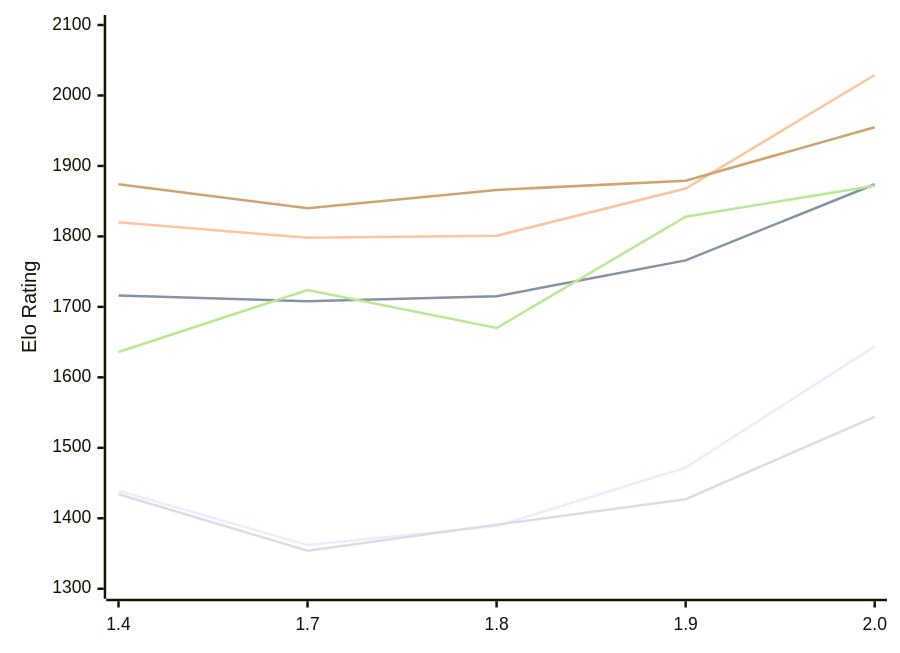
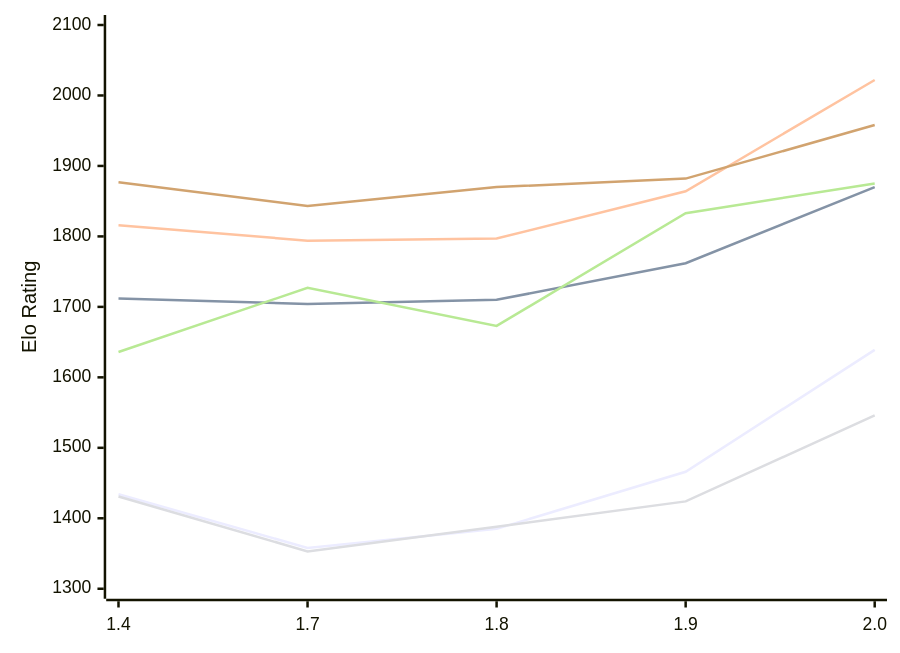
Before and after one commit to computer-chess-index/cci: the diagram in engines/Russell.md, drawn with Mermaid. The commit also changed other lines of this file, not shown here.

Commit message:
Update CCI Ratings (ELO VLTC) - 2026-11-21

````diff
--- a/engines/Russell.md
+++ b/engines/Russell.md
@@ -55,12 +55,12 @@
 ```mermaid
 %%{init: {"theme":"base","themeVariables":{"seriesColors:['#a3a3a3','#222221','#faa371']}}}%%
 xychart-beta
   x-axis ["1.4", "1.7", "1.8", "1.9", "2.0"]
   y-axis "Elo Rating" 1300 --> 2100
-  line "E1: STC (8.0+0.08s)" [1439, 1362, 1389, 1472, 1644]
-  line "E1: LTC (60.0+0.60s)" [1716, 1708, 1715, 1766, 1874]
-  line "E1: VLTC (2m24s+1.12s)" [1820, 1798, 1801, 1868, 2029]
-  line "P1: STC (8.0+0.08s)" [1434, 1354, 1391, 1427, 1544]
-  line "P1: LTC (60.0+0.60s)" [1636, 1724, 1670, 1828, 1872]
-  line "P1: VLTC (2m24s+1.12s)" [1874, 1840, 1866, 1879, 1955]
+  line "E1: STC (8.0+0.08s)" [1434, 1358, 1385, 1466, 1639]
+  line "E1: LTC (60.0+0.60s)" [1712, 1704, 1710, 1762, 1870]
+  line "E1: VLTC (2m24s+1.12s)" [1816, 1794, 1797, 1864, 2022]
+  line "P1: STC (8.0+0.08s)" [1431, 1353, 1388, 1424, 1546]
+  line "P1: LTC (60.0+0.60s)" [1636, 1727, 1673, 1833, 1875]
+  line "P1: VLTC (2m24s+1.12s)" [1877, 1843, 1870, 1882, 1958]
 ```
````
